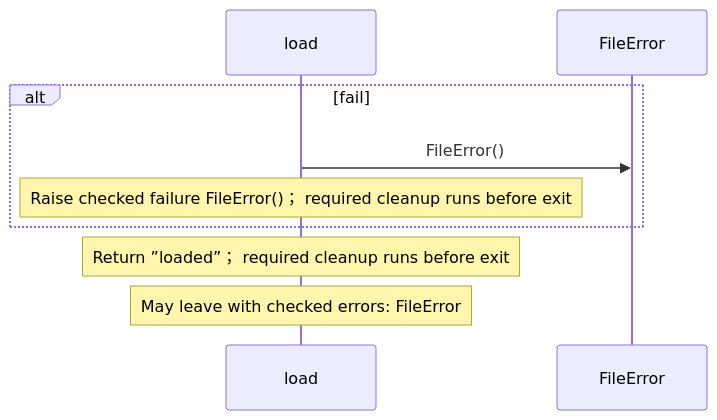
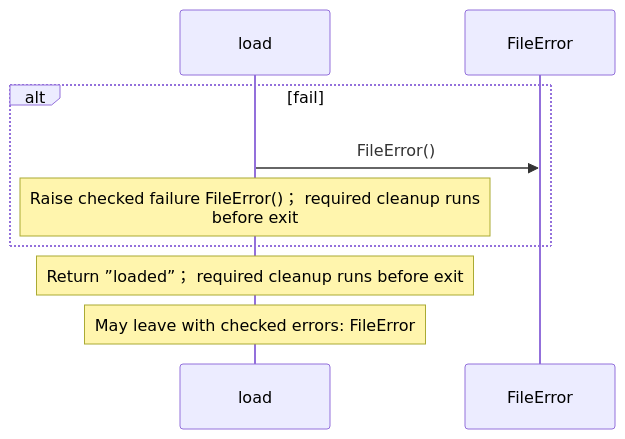
One commit to GreenPandaStudios/augscript changed the fourth of 4 diagrams in docs/examples/developer-workflow/calculator-diagrams.md. Above: the diagram before and after it, drawn with Mermaid. The commit also changed 200 other files, not shown here.

Commit message:
Group imported operations and wrap readable sequence messages

````diff
--- a/docs/examples/developer-workflow/calculator-diagrams.md
+++ b/docs/examples/developer-workflow/calculator-diagrams.md
@@ -92,11 +92,11 @@
 ```mermaid
 sequenceDiagram
     participant p0 as load
     participant p1 as FileError
     alt fail
     p0->>p1: FileError()
-    Note over p0: Raise checked failure FileError()； required cleanup runs before exit
+    Note over p0: Raise checked failure FileError()； required cleanup runs<br/>before exit
     end
     Note over p0: Return ”loaded”； required cleanup runs before exit
     Note over p0: May leave with checked errors: FileError
 ```
````
